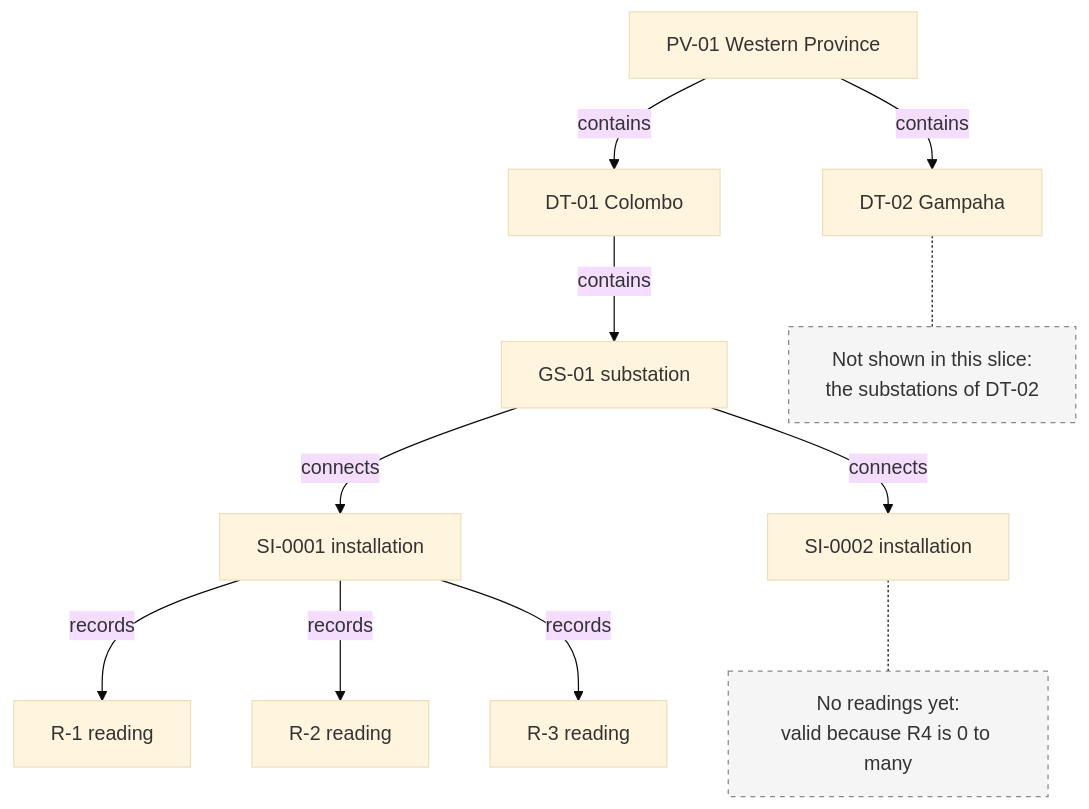
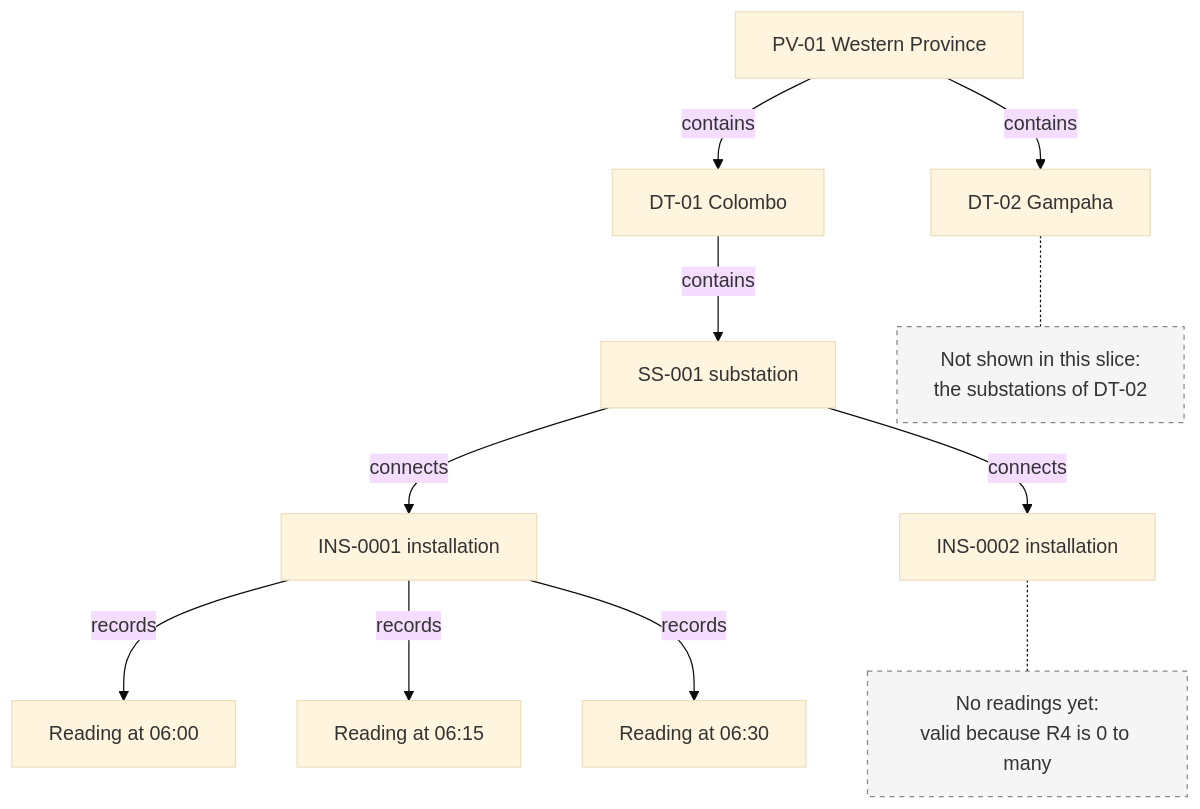
One commit to Grandeur77/Solar_Generation_Data_Manager changed the third of 4 diagrams in docs/design/data-model.md. Above: the diagram before and after it, drawn with Mermaid (base theme). The commit also changed other lines of this file, not shown here.

````diff
--- a/docs/design/data-model.md
+++ b/docs/design/data-model.md
@@ -151,19 +151,19 @@
 ```mermaid
 flowchart TD
     PV01["PV-01 Western Province"] -->|"contains"| DT01["DT-01 Colombo"]
     PV01 -->|"contains"| DT02["DT-02 Gampaha"]
-    DT01 -->|"contains"| GS01["GS-01 substation"]
-    GS01 -->|"connects"| SI01["SI-0001 installation"]
-    GS01 -->|"connects"| SI02["SI-0002 installation"]
-    SI01 -->|"records"| R1["R-1 reading"]
-    SI01 -->|"records"| R2["R-2 reading"]
-    SI01 -->|"records"| R3["R-3 reading"]
+    DT01 -->|"contains"| SS001["SS-001 substation"]
+    SS001 -->|"connects"| INS01["INS-0001 installation"]
+    SS001 -->|"connects"| INS02["INS-0002 installation"]
+    INS01 -->|"records"| R1["Reading at 06:00"]
+    INS01 -->|"records"| R2["Reading at 06:15"]
+    INS01 -->|"records"| R3["Reading at 06:30"]
 
     N1["Not shown in this slice:<br/>the substations of DT-02"]
     N2["No readings yet:<br/>valid because R4 is 0 to many"]
     DT02 -.- N1
-    SI02 -.- N2
+    INS02 -.- N2
 
     classDef note fill:#f5f5f5,stroke:#888888,stroke-dasharray:4 4,color:#333333
     class N1,N2 note
 ```
````
